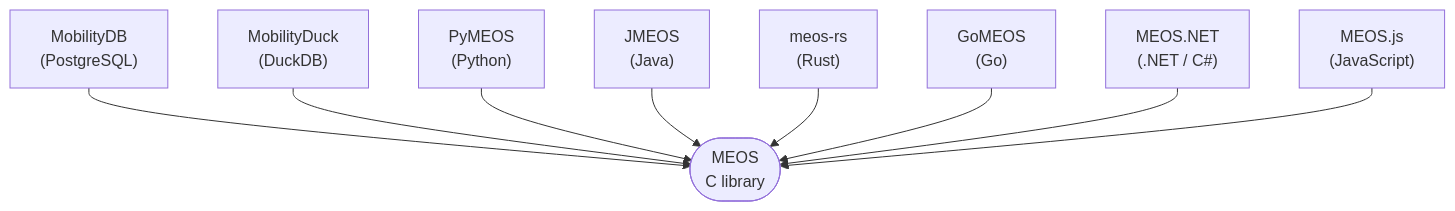
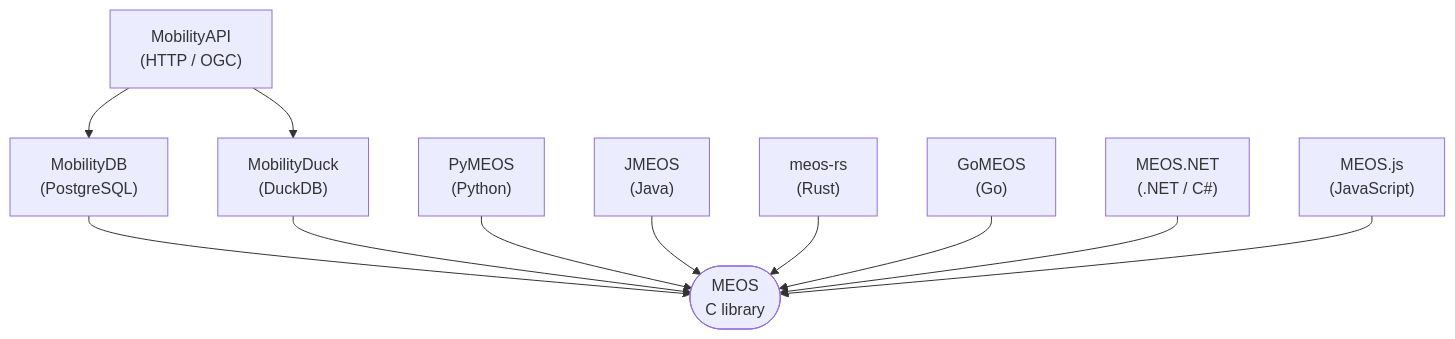
Before and after one commit to MobilityDB/libmeos-website: the diagram in content/_index.md, drawn with Mermaid. The commit also changed other lines of this file and 3 other files, not shown here.

First line of the commit message:
Surface MobilityAPI, MEOS-API, and the MEOS-WKB specification

````diff
--- a/content/_index.md
+++ b/content/_index.md
@@ -40,21 +41,24 @@
 ```mermaid
 flowchart TB
-  meos(["MEOS<br/>C library"])
+  api["MobilityAPI<br/>(HTTP / OGC)"]
   pg["MobilityDB<br/>(PostgreSQL)"]
   duck["MobilityDuck<br/>(DuckDB)"]
+  meos(["MEOS<br/>C library"])
   py["PyMEOS<br/>(Python)"]
   java["JMEOS<br/>(Java)"]
   rust["meos-rs<br/>(Rust)"]
   go["GoMEOS<br/>(Go)"]
   net["MEOS.NET<br/>(.NET / C#)"]
   js["MEOS.js<br/>(JavaScript)"]
 
+  api --> pg
+  api --> duck
   pg --> meos
   duck --> meos
   py --> meos
   java --> meos
   rust --> meos
   go --> meos
   net --> meos
   js --> meos
 ```
````
